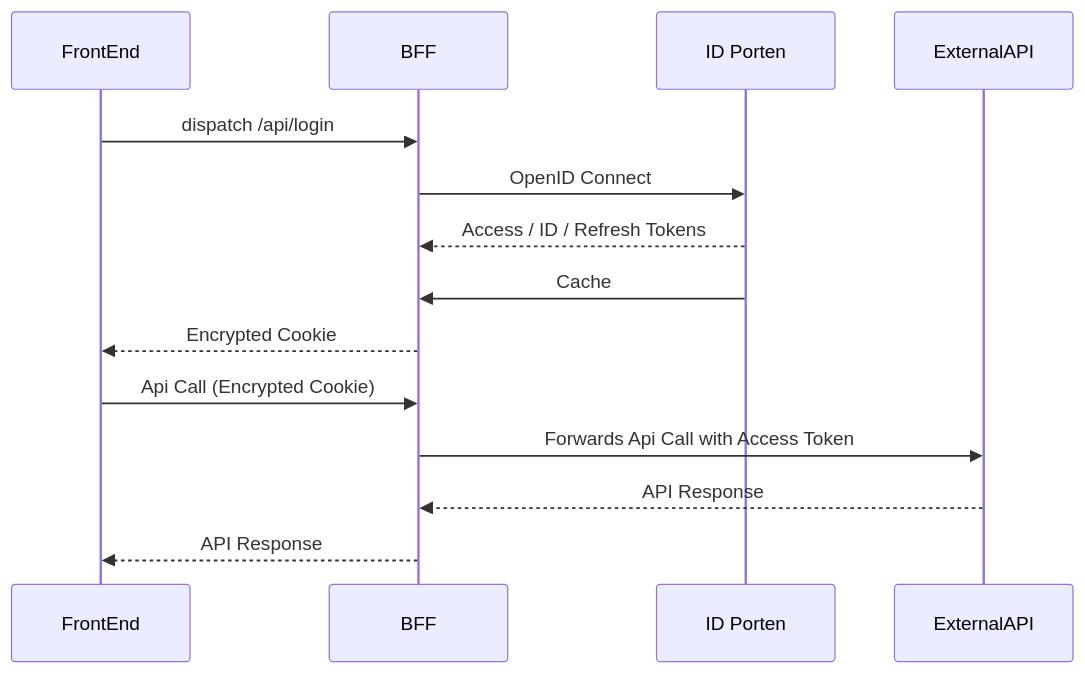
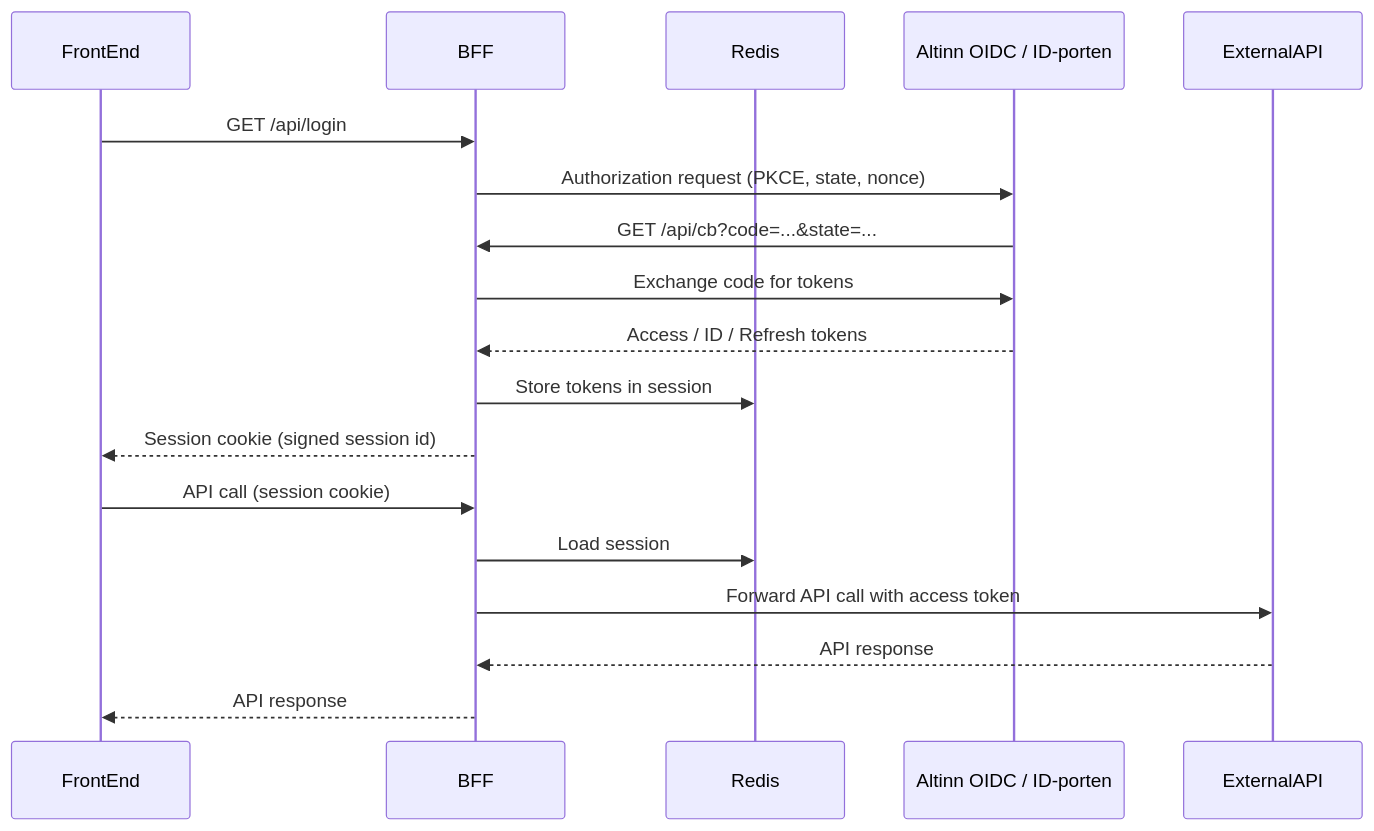
The diagram in packages/docs/src/content/docs/notes/id-porten/id-porten.mdx (Altinn/dialogporten-frontend), drawn with Mermaid before and after one commit. The commit also changed other lines of this file and 14 other files, not shown here.

````diff
--- a/packages/docs/src/content/docs/notes/id-porten/id-porten.mdx
+++ b/packages/docs/src/content/docs/notes/id-porten/id-porten.mdx
@@ -8,17 +9,21 @@
 ```mermaid
 sequenceDiagram
     participant FrontEnd
     participant BFF
-    participant IDPorten as ID Porten
+    participant Redis
+    participant IDPorten as Altinn OIDC / ID-porten
     participant ExternalAPI
 
-    FrontEnd->>BFF: dispatch /api/login
-    BFF->>IDPorten: OpenID Connect
-    IDPorten-->>BFF: Access / ID / Refresh Tokens
-    IDPorten->>BFF: Cache
-    BFF-->>FrontEnd: Encrypted Cookie
-    FrontEnd->>BFF: Api Call (Encrypted Cookie)
-    BFF->>ExternalAPI: Forwards Api Call with Access Token
-    ExternalAPI-->>BFF: API Response
-    BFF-->>FrontEnd: API Response
+    FrontEnd->>BFF: GET /api/login
+    BFF->>IDPorten: Authorization request (PKCE, state, nonce)
+    IDPorten->>BFF: GET /api/cb?code=...&state=...
+    BFF->>IDPorten: Exchange code for tokens
+    IDPorten-->>BFF: Access / ID / Refresh tokens
+    BFF->>Redis: Store tokens in session
+    BFF-->>FrontEnd: Session cookie (signed session id)
+    FrontEnd->>BFF: API call (session cookie)
+    BFF->>Redis: Load session
+    BFF->>ExternalAPI: Forward API call with access token
+    ExternalAPI-->>BFF: API response
+    BFF-->>FrontEnd: API response
 ```
````
